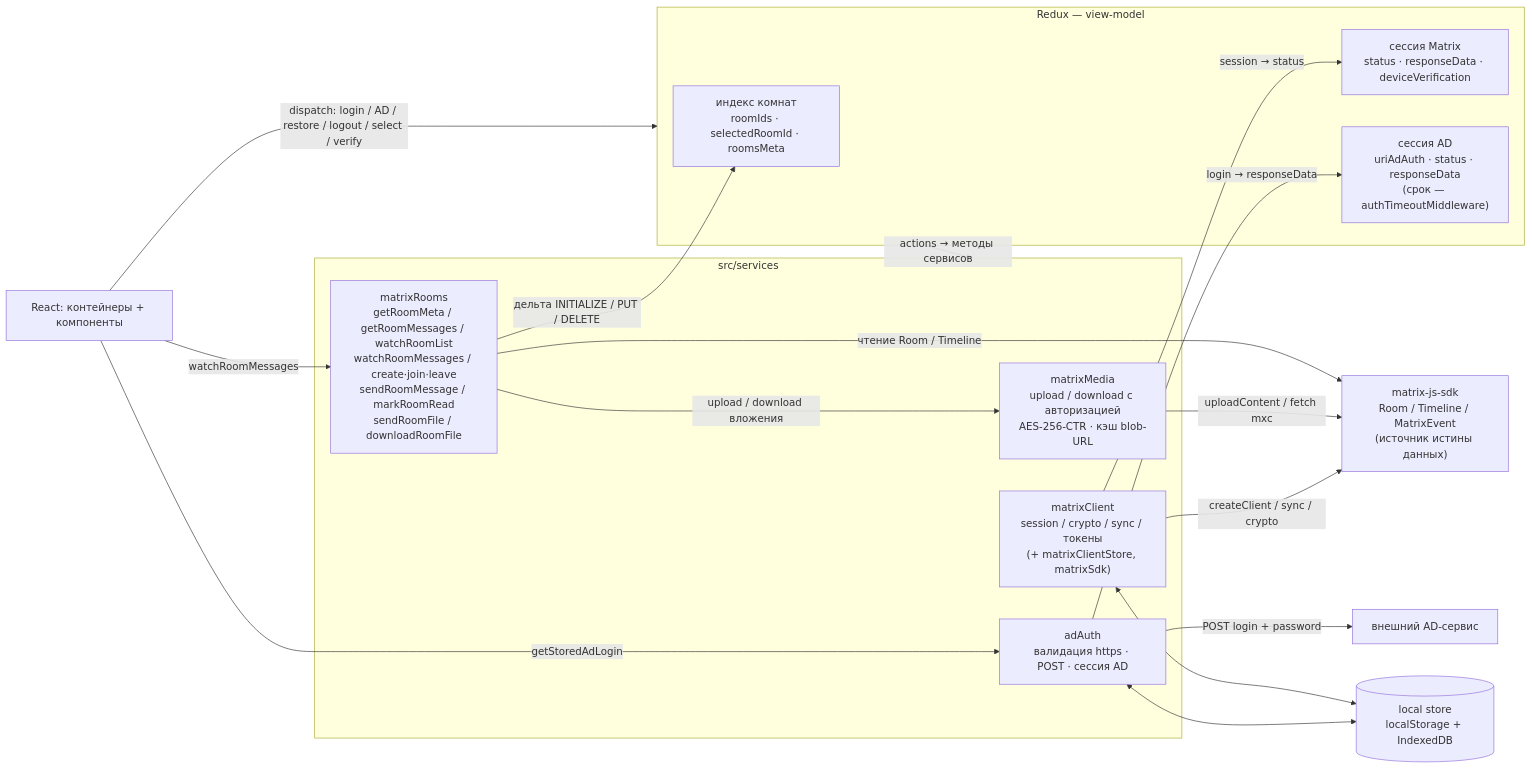
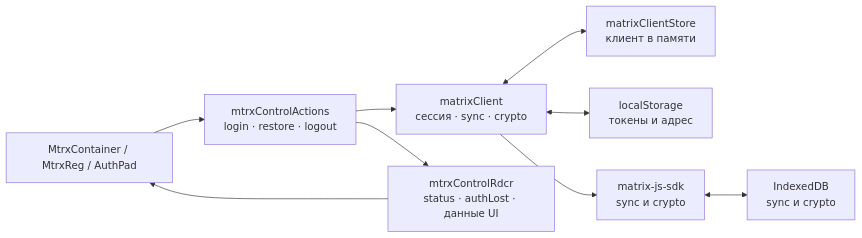
The third of 4 diagrams in docs/STATE.md (ars-anosov/matrix-react), drawn with Mermaid before and after one commit. The commit also changed other lines of this file and 17 other files, not shown here.

````diff
--- a/docs/STATE.md
+++ b/docs/STATE.md
@@ -7,36 +38,11 @@
 ```mermaid
 flowchart LR
-  UI["React: контейнеры + компоненты"]
-
-  subgraph Redux["Redux — view-model"]
-    IDX["индекс комнат<br/>roomIds · selectedRoomId · roomsMeta"]
-    SES["сессия Matrix<br/>status · responseData · deviceVerification"]
-    AD["сессия AD<br/>uriAdAuth · status · responseData<br/>(срок — authTimeoutMiddleware)"]
-  end
-
-  subgraph SVC["src/services"]
-    CL["matrixClient<br/>session / crypto / sync / токены<br/>(+ matrixClientStore, matrixSdk)"]
-    ROOMS["matrixRooms<br/>getRoomMeta / getRoomMessages / watchRoomList<br/>watchRoomMessages / create·join·leave<br/>sendRoomMessage / markRoomRead<br/>sendRoomFile / downloadRoomFile"]
-    MEDIA["matrixMedia<br/>upload / download с авторизацией<br/>AES-256-CTR · кэш blob-URL"]
-    ADSV["adAuth<br/>валидация https · POST · сессия AD"]
-  end
-
-  SDK["matrix-js-sdk<br/>Room / Timeline / MatrixEvent<br/>(источник истины данных)"]
-  ADAPI["внешний AD-сервис"]
-  Store[("local store<br/>localStorage + IndexedDB")]
-
-  UI -->|"dispatch: login / AD / restore / logout / select / verify"| Redux
-  Redux -->|"actions → методы сервисов"| SVC
-  ROOMS -->|"дельта INITIALIZE / PUT / DELETE"| IDX
-  CL -->|"session → status"| SES
-  ADSV -->|"login → responseData"| AD
-  UI -->|"watchRoomMessages"| ROOMS
-  UI -->|"getStoredAdLogin"| ADSV
-  CL <--> Store
-  ADSV <--> Store
-  ROOMS -->|"чтение Room / Timeline"| SDK
-  ROOMS -->|"upload / download вложения"| MEDIA
-  MEDIA -->|"uploadContent / fetch mxc"| SDK
-  CL -->|"createClient / sync / crypto"| SDK
-  ADSV -->|"POST login + password"| ADAPI
+  UI["MtrxContainer / MtrxReg / AuthPad"] --> Act["mtrxControlActions<br/>login · restore · logout"]
+  Act --> Client["matrixClient<br/>сессия · sync · crypto"]
+  Client <--> Instance["matrixClientStore<br/>клиент в памяти"]
+  Client <--> LS["localStorage<br/>токены и адрес"]
+  Client --> SDK["matrix-js-sdk<br/>sync и crypto"]
+  SDK <--> IDB["IndexedDB<br/>sync и crypto"]
+  Act --> Redux["mtrxControlRdcr<br/>status · authLost · данные UI"]
+  Redux --> UI
 ```
````
